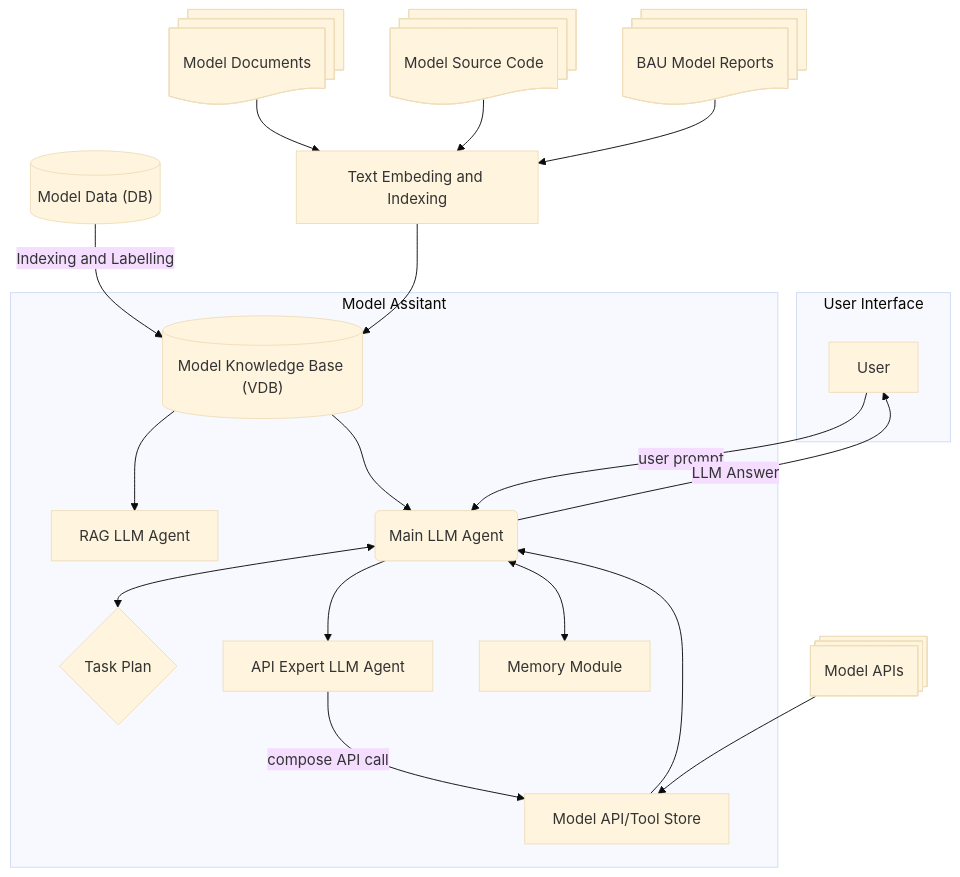
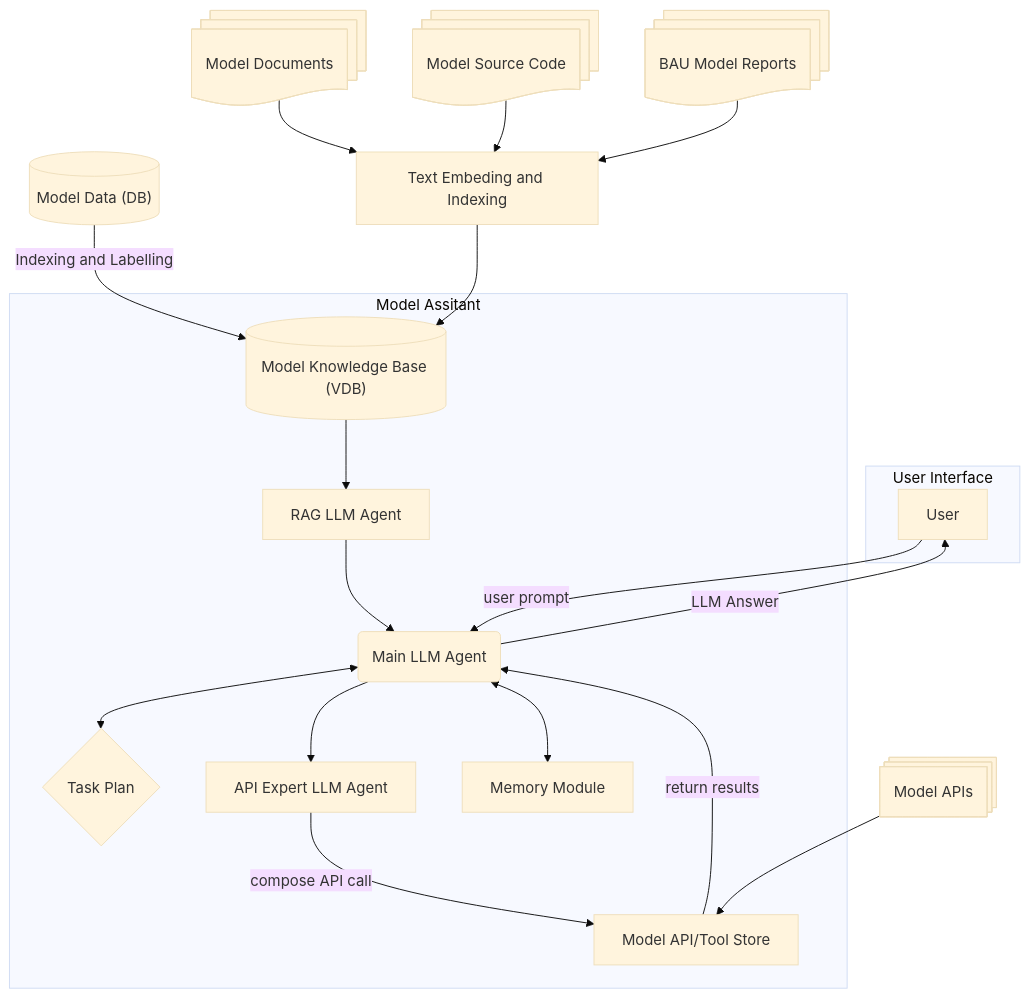
Before and after one commit to NeOFlow2024/ModelAssistant: the diagram in README.md, drawn with Mermaid (base theme).

Commit message:
Update README.md
Correct mistake on RAG Agent

````diff
--- a/README.md
+++ b/README.md
@@ -2,35 +2,31 @@
 ```mermaid
-
-
 flowchart TD
 
     subgraph User Interface
         A[User] 
     end
 
     
     subgraph Model Assitant
         A -->|user prompt| B(Main LLM Agent)
         B -->|LLM Answer| A
 
 
         B <--> C{Task Plan}
-        B --> I[API Expert LLM Agent] --> |compose API call| D[Model API/Tool Store]
-        E@{shape: cyl, label: "Model Knowledge Base (VDB)"} -->H[RAG LLM Agent] 
+
+        B --> I[API Expert LLM Agent] --> |compose API call| D[Model API/Tool Store] --> |return results| B
+        
+        E@{shape: cyl, label: "Model Knowledge Base (VDB)"} -->H[RAG LLM Agent]  --> B
         
         B <-->G[Memory Module]
 
-        D --> B
 
     end
-    F@{shape: cyl, label: "Model Data (DB)"} --> |Indexing and Labelling| E --> B
+    F@{shape: cyl, label: "Model Data (DB)"} --> |Indexing and Labelling| E
 
     N@{ shape: procs, label: "Model APIs"} --> D
 
     J@{ shape: docs, label: "Model Documents" } --> L[Text Embeding and Indexing] --> E
     K@{ shape: docs, label: "Model Source Code" } --> L
-    M@{ shape: docs, label: "BAU Model Reports" } --> L
-    
-
-
+    M@{ shape: docs, label: "BAU Model Reports" } --> L    
 ```
````
